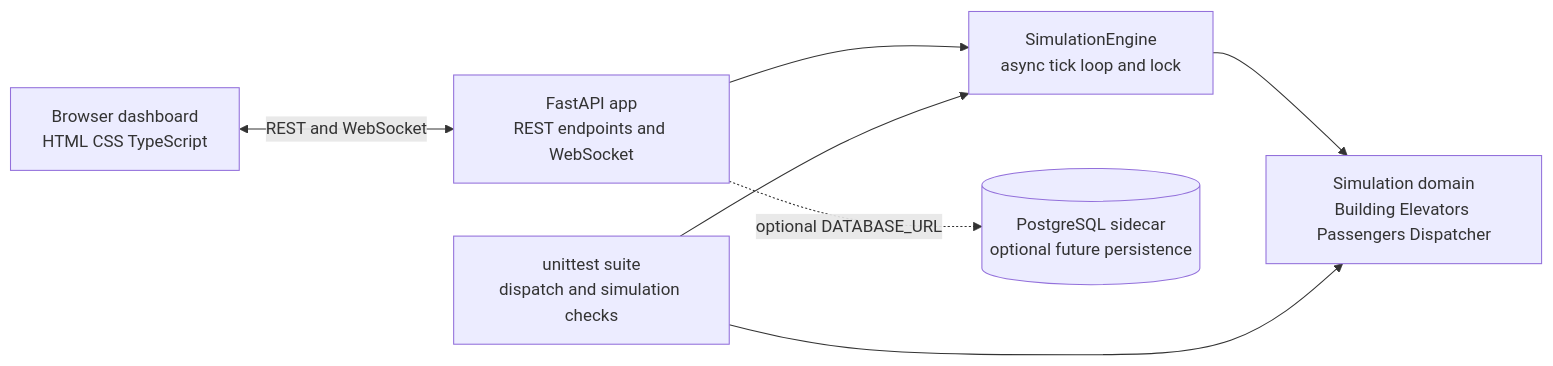
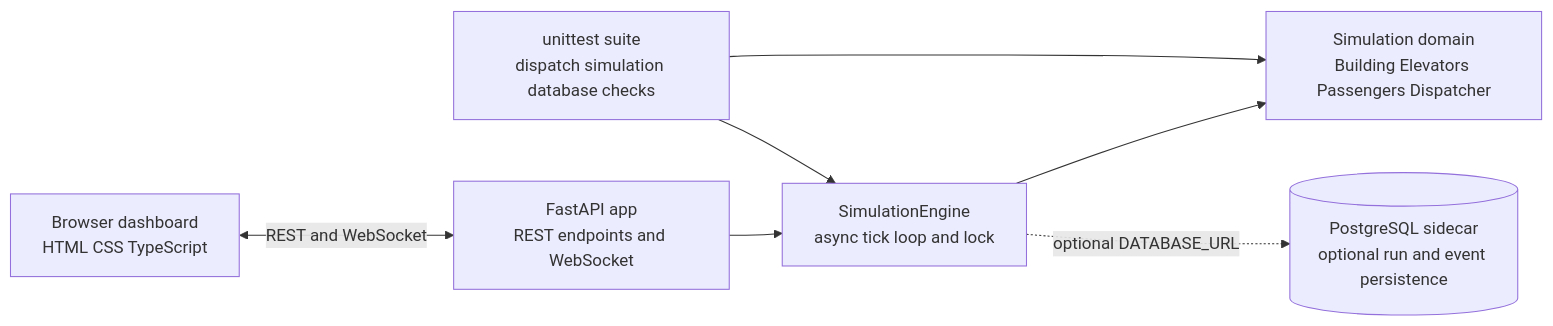
The diagram in README.md (ms-mfg-community/ghcp-elevator-dispatch), drawn with Mermaid before and after one commit. The commit also changed other lines of this file and 4 other files, not shown here.

Commit message:
feat: add prompts for reviewing elevator cab color changes and update README for PostgreSQL persistence

````diff
--- a/README.md
+++ b/README.md
@@ -115,16 +124,16 @@
 ```mermaid
 flowchart LR
    Browser[Browser dashboard\nHTML CSS TypeScript]
    FastAPI[FastAPI app\nREST endpoints and WebSocket]
    Engine[SimulationEngine\nasync tick loop and lock]
    Domain[Simulation domain\nBuilding Elevators Passengers Dispatcher]
-   Postgres[(PostgreSQL sidecar\noptional future persistence)]
-   Tests[unittest suite\ndispatch and simulation checks]
+   Postgres[(PostgreSQL sidecar\noptional run and event persistence)]
+   Tests[unittest suite\ndispatch simulation database checks]
 
    Browser <-->|REST and WebSocket| FastAPI
    FastAPI --> Engine
    Engine --> Domain
-   FastAPI -. optional DATABASE_URL .-> Postgres
+   Engine -. optional DATABASE_URL .-> Postgres
    Tests --> Engine
    Tests --> Domain
 ```
````
